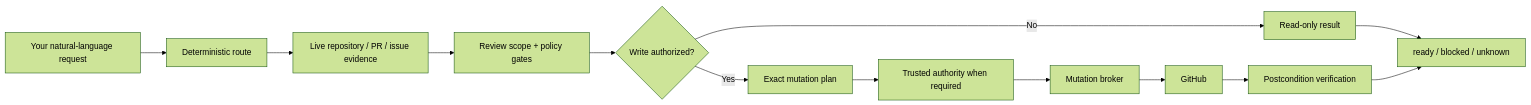
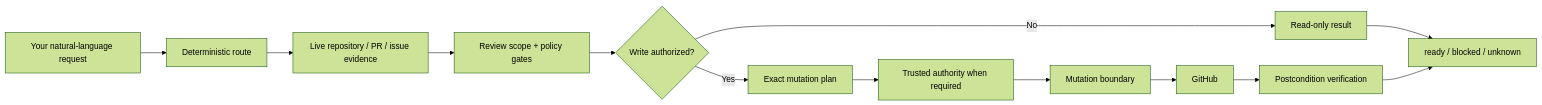
The diagram in README.md (Wibias/github-delivery), drawn with Mermaid (forest theme) before and after one commit. The commit also changed other lines of this file and 2 other files, not shown here.

````diff
--- a/README.md
+++ b/README.md
@@ -229,15 +110,15 @@
 ```mermaid
 flowchart LR
     A[Your natural-language request] --> B[Deterministic route]
     B --> C[Live repository / PR / issue evidence]
     C --> D[Review scope + policy gates]
     D --> E{Write authorized?}
     E -- No --> F[Read-only result]
     E -- Yes --> G[Exact mutation plan]
     G --> H[Trusted authority when required]
-    H --> I[Mutation broker]
+    H --> I[Mutation boundary]
     I --> J[GitHub]
     J --> K[Postcondition verification]
     F --> L[ready / blocked / unknown]
     K --> L
 ```
````
